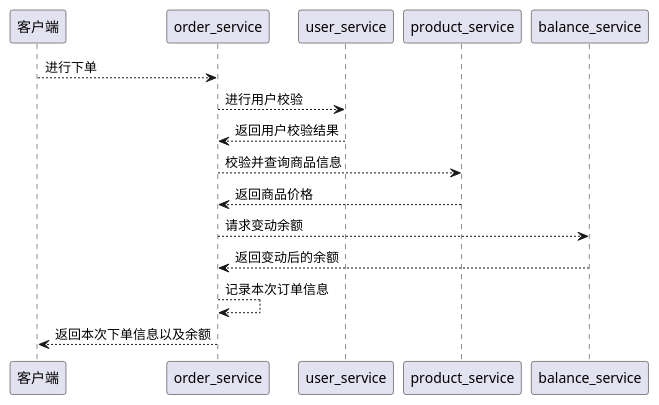
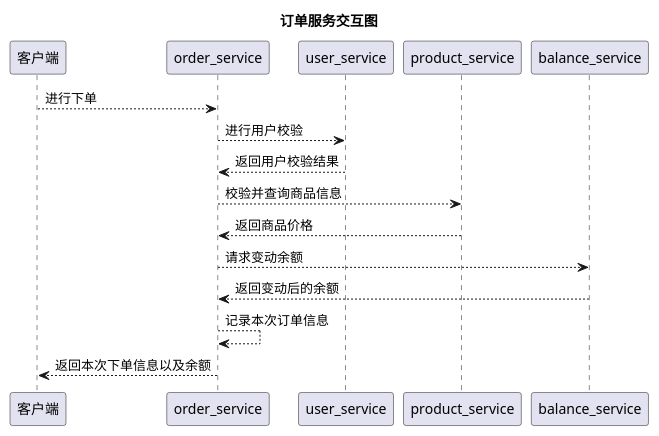
The diagram in doc/order_sequence.md (zhouxyang/micro_framework), drawn with PlantUML before and after one commit. The commit also changed 4 other files, not shown here.

```diff
--- a/doc/order_sequence.md
+++ b/doc/order_sequence.md
@@ -1,13 +1,13 @@
 @startuml
-
+title 订单服务交互图
 客户端 --> order_service : 进行下单
 order_service --> user_service : 进行用户校验
 user_service --> order_service : 返回用户校验结果
 order_service --> product_service : 校验并查询商品信息
 product_service --> order_service : 返回商品价格
 order_service --> balance_service : 请求变动余额
 balance_service --> order_service : 返回变动后的余额
 order_service --> order_service : 记录本次订单信息
 order_service --> 客户端  : 返回本次下单信息以及余额
 
 @enduml
```
